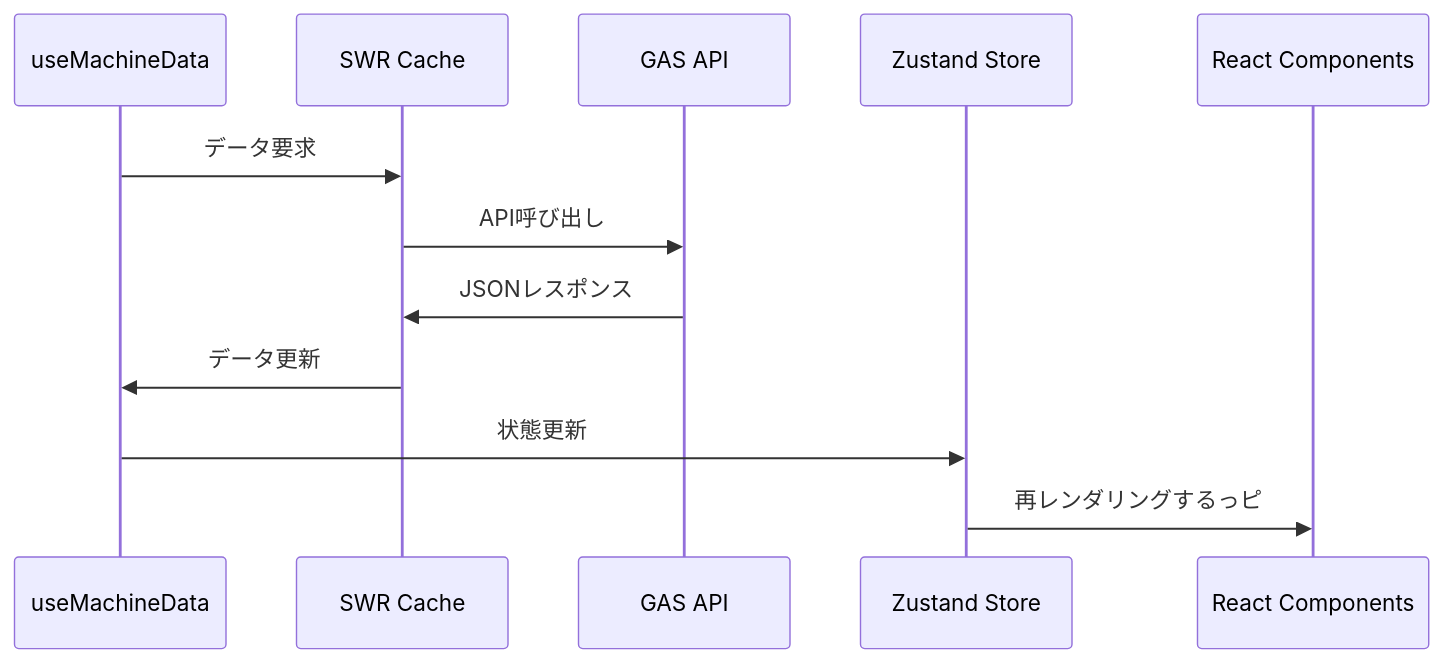
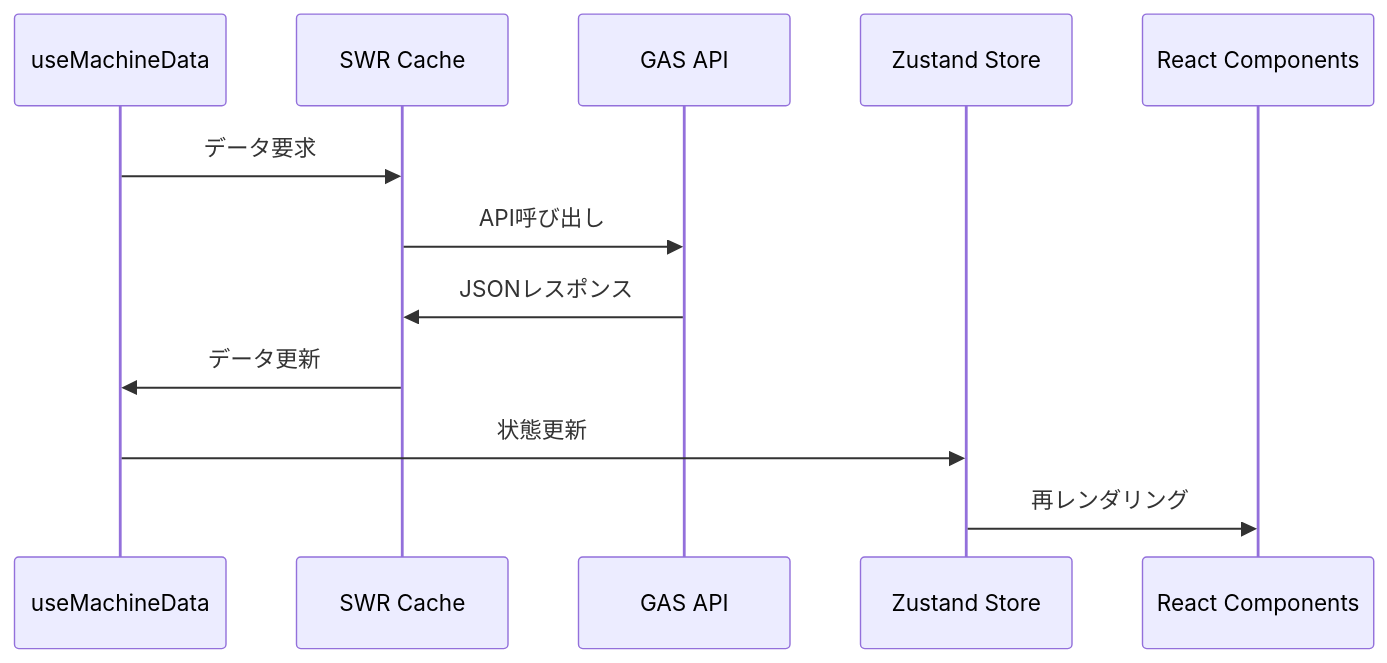
The second of 2 diagrams in README.md (e-kagaku-Aquatic-Project/Telemetry-Visualization-App), drawn with Mermaid before and after one commit. The commit also changed other lines of this file, not shown here.

````diff
--- a/README.md
+++ b/README.md
@@ -386,15 +386,15 @@
 ```mermaid
 sequenceDiagram
     participant Hook as useMachineData
     participant SWR as SWR Cache
     participant API as GAS API
     participant Store as Zustand Store
     participant UI as React Components
 
     Hook->>SWR: データ要求
     SWR->>API: API呼び出し
     API->>SWR: JSONレスポンス
     SWR->>Hook: データ更新
     Hook->>Store: 状態更新
-    Store->>UI: 再レンダリングするっピ
+    Store->>UI: 再レンダリング
 ```
````
